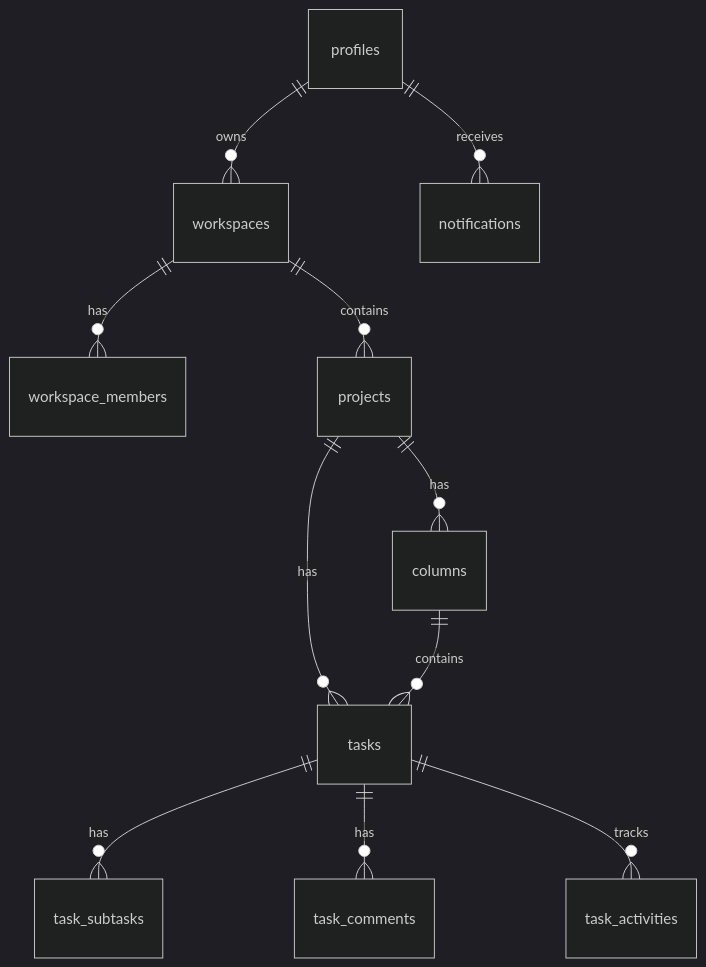
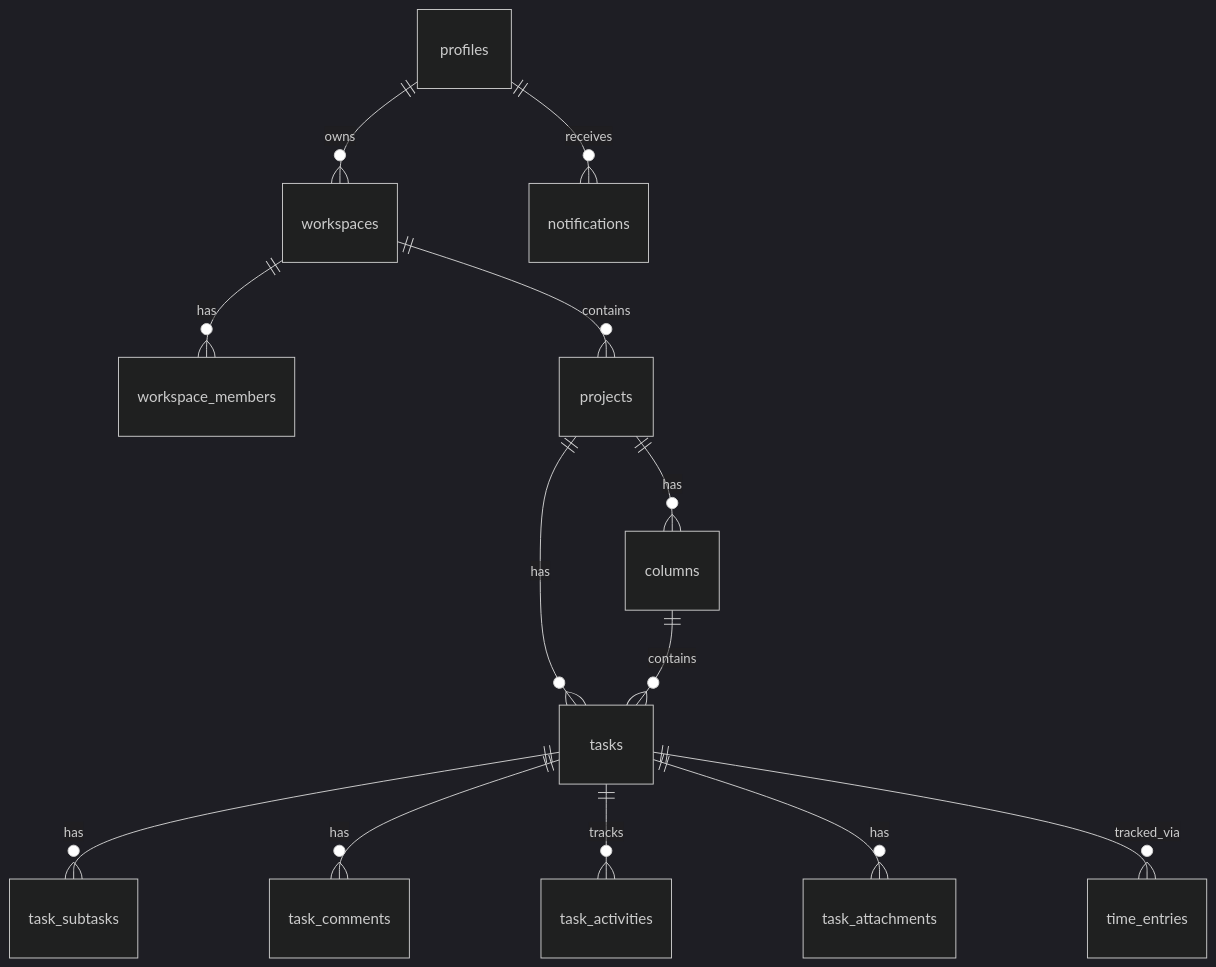
Before and after one commit to anirudhy-jpg/TaskPilot: the diagram in plan/PROJECT_OVERVIEW.md, drawn with Mermaid (dark theme). The commit also changed other lines of this file and 39 other files, not shown here.

````diff
--- a/plan/PROJECT_OVERVIEW.md
+++ b/plan/PROJECT_OVERVIEW.md
@@ -81,13 +84,15 @@
 ```mermaid
 erDiagram
     profiles ||--o{ workspaces : "owns"
     workspaces ||--o{ workspace_members : "has"
     workspaces ||--o{ projects : "contains"
     projects ||--o{ columns : "has"
     projects ||--o{ tasks : "has"
     columns ||--o{ tasks : "contains"
     tasks ||--o{ task_subtasks : "has"
     tasks ||--o{ task_comments : "has"
     tasks ||--o{ task_activities : "tracks"
+    tasks ||--o{ task_attachments : "has"
+    tasks ||--o{ time_entries : "tracked_via"
     profiles ||--o{ notifications : "receives"
 ```
````
